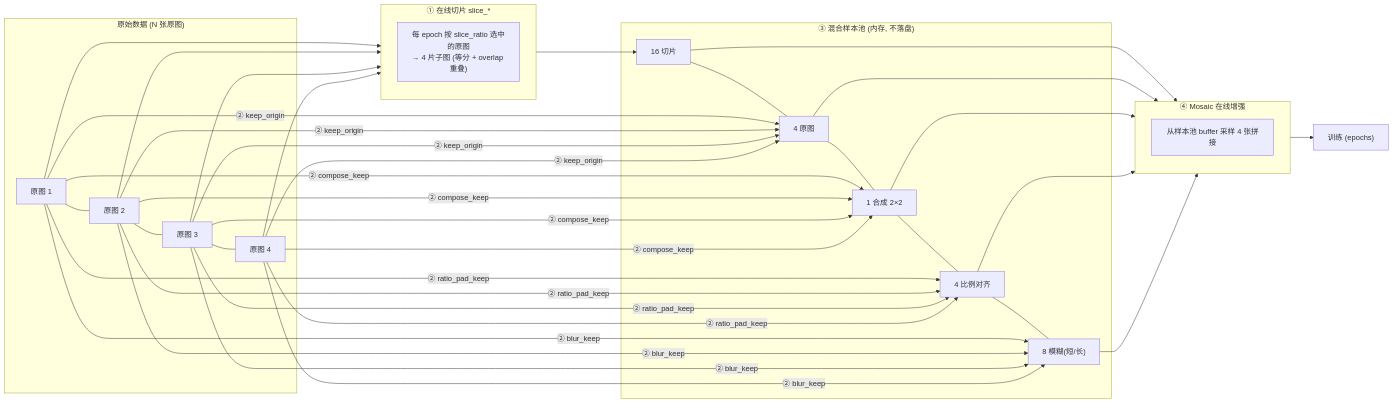
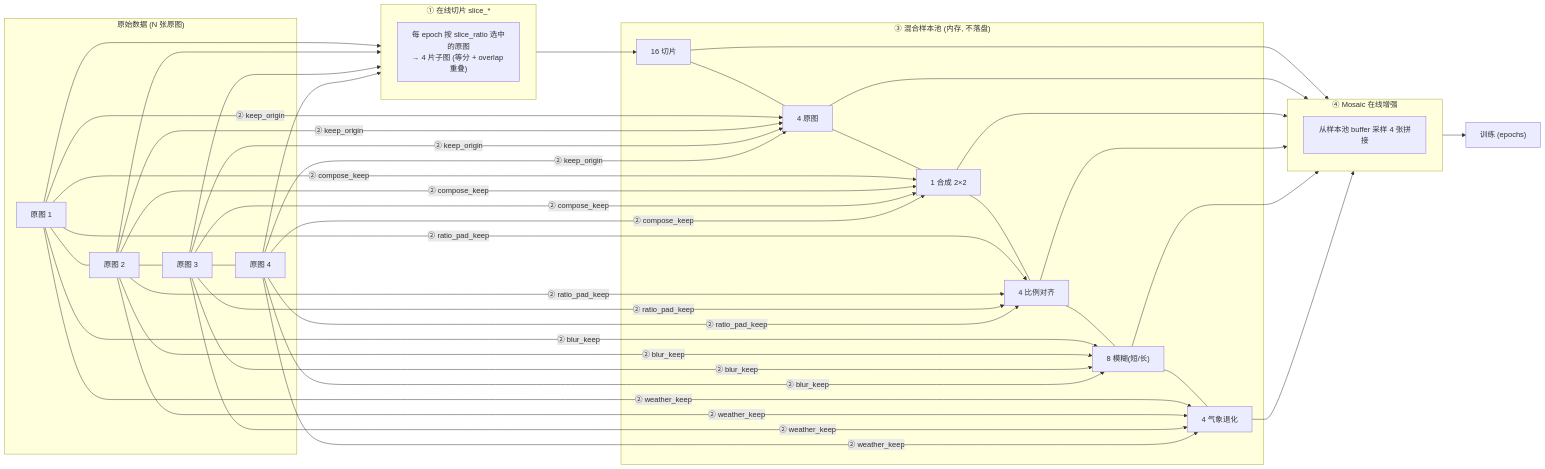
The diagram in 项目说明.md (ikun7274/ultralytics-improved), drawn with Mermaid before and after one commit. The commit also changed other lines of this file and 52 other files, not shown here.

````diff
--- a/项目说明.md
+++ b/项目说明.md
@@ -11,27 +11,28 @@
 ```mermaid
 flowchart LR
     subgraph SRC["原始数据 (N 张原图)"]
         A1["原图 1"] --- A2["原图 2"] --- A3["原图 3"] --- A4["原图 4"]
     end
 
     subgraph SLICE["① 在线切片 slice_*"]
         B1["每 epoch 按 slice_ratio 选中的原图<br/>→ 4 片子图 (等分 + overlap 重叠)"]
     end
 
     subgraph POOL["③ 混合样本池 (内存, 不落盘)"]
-        C1["16 切片"] --- C2["4 原图"] --- C3["1 合成 2×2"] --- C4["4 比例对齐"] --- C5["8 模糊(短/长)"]
+        C1["16 切片"] --- C2["4 原图"] --- C3["1 合成 2×2"] --- C4["4 比例对齐"] --- C5["8 模糊(短/长)"] --- C6["4 气象退化"]
     end
 
     subgraph MOSAIC["④ Mosaic 在线增强"]
         D1["从样本池 buffer 采样 4 张拼接"]
     end
 
     A1 & A2 & A3 & A4 --> SLICE
     A1 & A2 & A3 & A4 -->|② keep_origin| C2
     SLICE --> C1
     A1 & A2 & A3 & A4 -->|② compose_keep| C3
     A1 & A2 & A3 & A4 -->|② ratio_pad_keep| C4
     A1 & A2 & A3 & A4 -->|② blur_keep| C5
-    C1 & C2 & C3 & C4 & C5 --> MOSAIC
+    A1 & A2 & A3 & A4 -->|② weather_keep| C6
+    C1 & C2 & C3 & C4 & C5 & C6 --> MOSAIC
     MOSAIC --> T["训练 (epochs)"]
 ```
````
